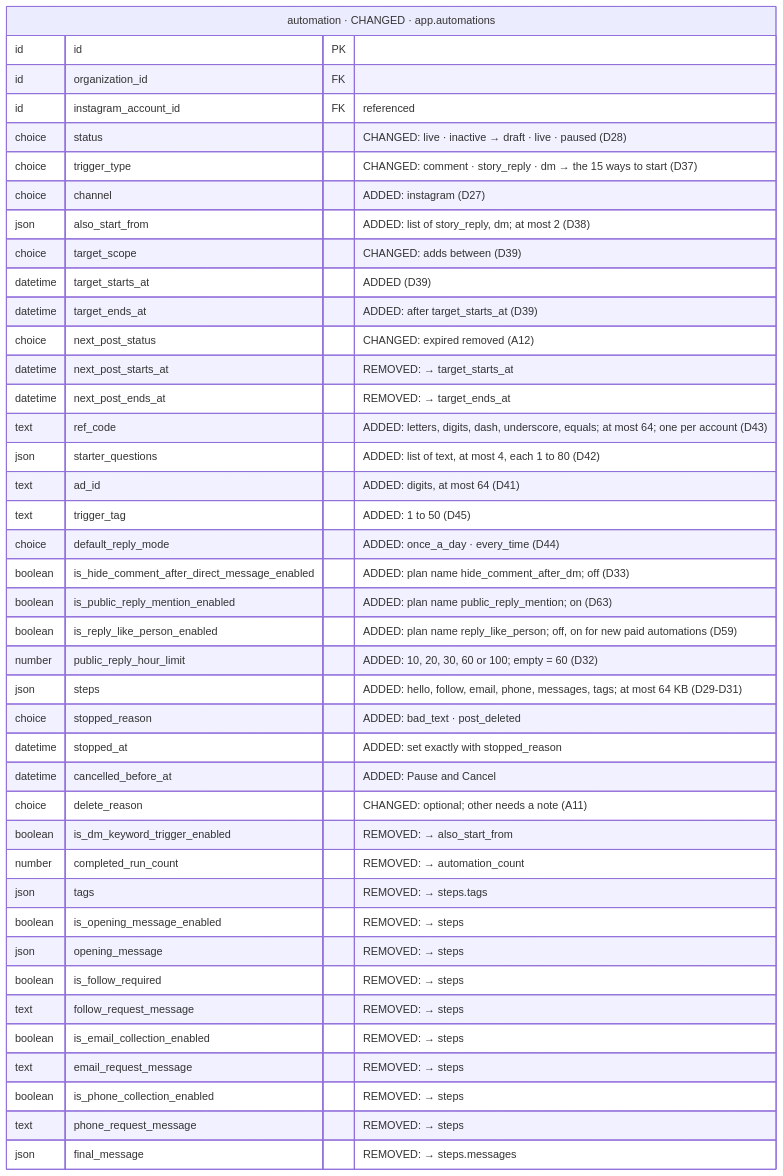
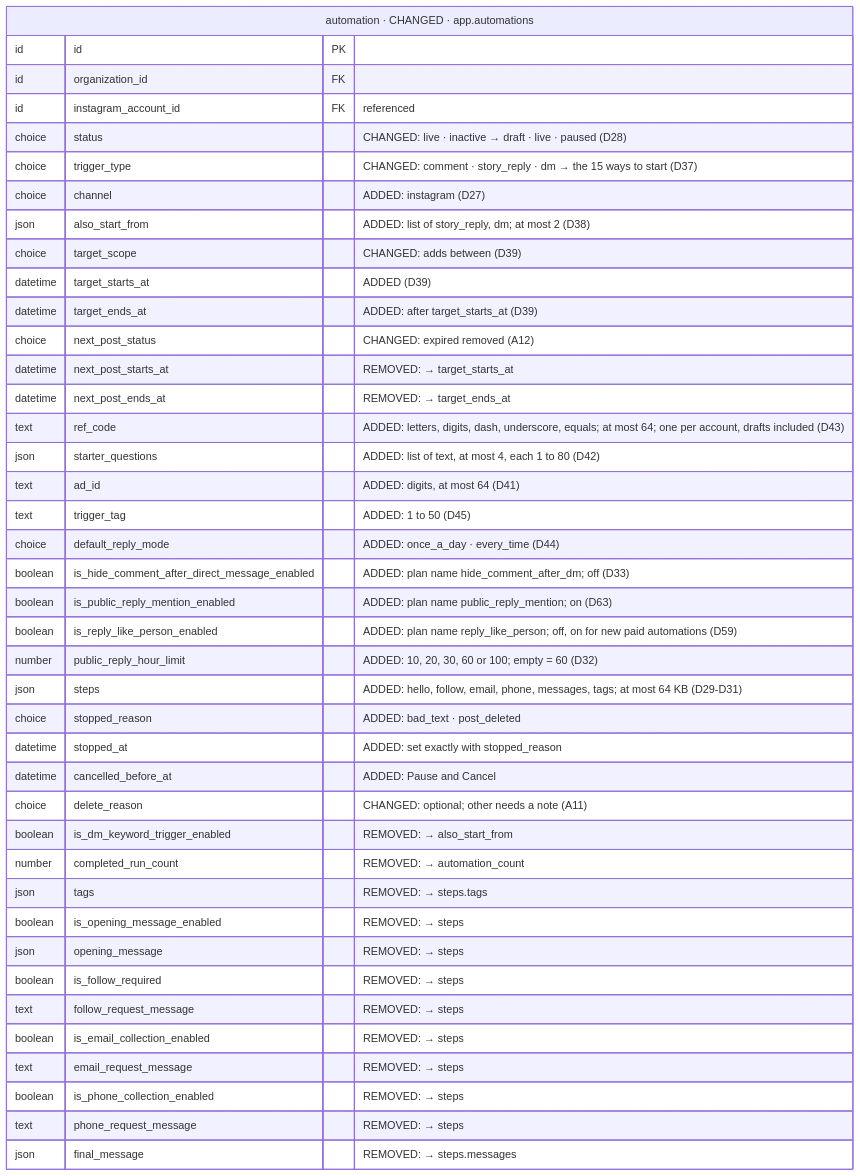
Before and after one commit to albetrios/meepzo-be: the tenth of 39 diagrams in iterations/feat-instagram-dm-sending-2026-11-23-oxak/plans/db-changes.md, drawn with Mermaid. The commit also changed other lines of this file and 2 other files, not shown here.

````diff
--- a/iterations/feat-instagram-dm-sending-2026-11-23-oxak/plans/db-changes.md
+++ b/iterations/feat-instagram-dm-sending-2026-11-23-oxak/plans/db-changes.md
@@ -525,44 +549,44 @@
 ```mermaid
 erDiagram
   automation["automation · CHANGED · app.automations"] {
     id id PK
     id organization_id FK
     id instagram_account_id FK "referenced"
     choice status "CHANGED: live · inactive → draft · live · paused (D28)"
     choice trigger_type "CHANGED: comment · story_reply · dm → the 15 ways to start (D37)"
     choice channel "ADDED: instagram (D27)"
     json also_start_from "ADDED: list of story_reply, dm; at most 2 (D38)"
     choice target_scope "CHANGED: adds between (D39)"
     datetime target_starts_at "ADDED (D39)"
     datetime target_ends_at "ADDED: after target_starts_at (D39)"
     choice next_post_status "CHANGED: expired removed (A12)"
     datetime next_post_starts_at "REMOVED: → target_starts_at"
     datetime next_post_ends_at "REMOVED: → target_ends_at"
-    text ref_code "ADDED: letters, digits, dash, underscore, equals; at most 64; one per account (D43)"
+    text ref_code "ADDED: letters, digits, dash, underscore, equals; at most 64; one per account, drafts included (D43)"
     json starter_questions "ADDED: list of text, at most 4, each 1 to 80 (D42)"
     text ad_id "ADDED: digits, at most 64 (D41)"
     text trigger_tag "ADDED: 1 to 50 (D45)"
     choice default_reply_mode "ADDED: once_a_day · every_time (D44)"
     boolean is_hide_comment_after_direct_message_enabled "ADDED: plan name hide_comment_after_dm; off (D33)"
     boolean is_public_reply_mention_enabled "ADDED: plan name public_reply_mention; on (D63)"
     boolean is_reply_like_person_enabled "ADDED: plan name reply_like_person; off, on for new paid automations (D59)"
     number public_reply_hour_limit "ADDED: 10, 20, 30, 60 or 100; empty = 60 (D32)"
     json steps "ADDED: hello, follow, email, phone, messages, tags; at most 64 KB (D29-D31)"
     choice stopped_reason "ADDED: bad_text · post_deleted"
     datetime stopped_at "ADDED: set exactly with stopped_reason"
     datetime cancelled_before_at "ADDED: Pause and Cancel"
     choice delete_reason "CHANGED: optional; other needs a note (A11)"
     boolean is_dm_keyword_trigger_enabled "REMOVED: → also_start_from"
     number completed_run_count "REMOVED: → automation_count"
     json tags "REMOVED: → steps.tags"
     boolean is_opening_message_enabled "REMOVED: → steps"
     json opening_message "REMOVED: → steps"
     boolean is_follow_required "REMOVED: → steps"
     text follow_request_message "REMOVED: → steps"
     boolean is_email_collection_enabled "REMOVED: → steps"
     text email_request_message "REMOVED: → steps"
     boolean is_phone_collection_enabled "REMOVED: → steps"
     text phone_request_message "REMOVED: → steps"
     json final_message "REMOVED: → steps.messages"
   }
 ```
````
